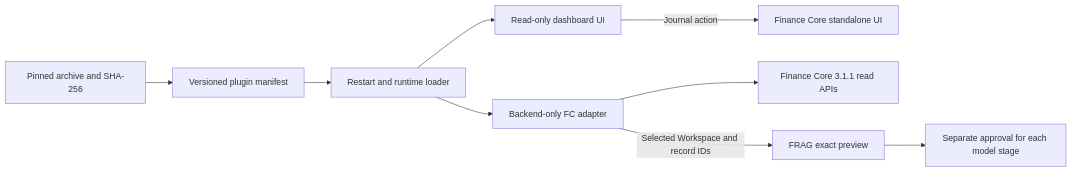
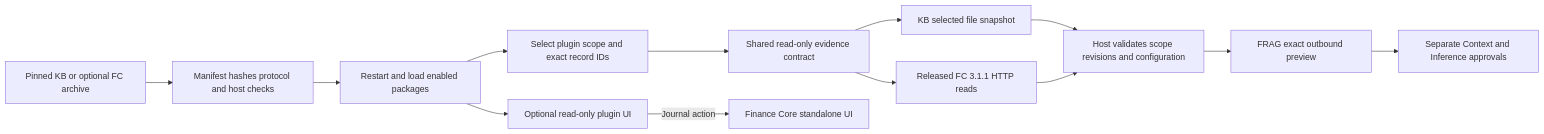
One commit to O-u-i/FRAG-harness changed the third of 3 diagrams in README.md. Above: the diagram before and after it, drawn with Mermaid. The commit also changed other lines of this file and 44 other files, not shown here.

Commit message:
feat: add scoped read-only plugin protocol and FC handoff

````diff
--- a/README.md
+++ b/README.md
@@ -128,11 +126,15 @@
 ```mermaid
 flowchart LR
-    Installer[Pinned archive and SHA-256] --> Manifest[Versioned plugin manifest]
-    Manifest --> Loader[Restart and runtime loader]
-    Loader --> Dashboard[Read-only dashboard UI]
-    Loader --> Adapter[Backend-only FC adapter]
-    Adapter --> FC[Finance Core 3.1.1 read APIs]
+    Archive[Pinned KB or optional FC archive] --> Validate[Manifest hashes protocol and host checks]
+    Validate --> Load[Restart and load enabled packages]
+    Load --> Select[Select plugin scope and exact record IDs]
+    Select --> Reader[Shared read-only evidence contract]
+    Reader --> KB[KB selected file snapshot]
+    Reader --> FC[Released FC 3.1.1 HTTP reads]
+    KB --> Bind[Host validates scope revisions and configuration]
+    FC --> Bind
+    Bind --> Preview[FRAG exact outbound preview]
+    Preview --> Harness[Separate Context and Inference approvals]
+    Load --> Dashboard[Optional read-only plugin UI]
     Dashboard -->|Journal action| FCUI[Finance Core standalone UI]
-    Adapter -->|Selected Workspace and record IDs| Preview[FRAG exact preview]
-    Preview --> Harness[Separate approval for each model stage]
 ```
````
